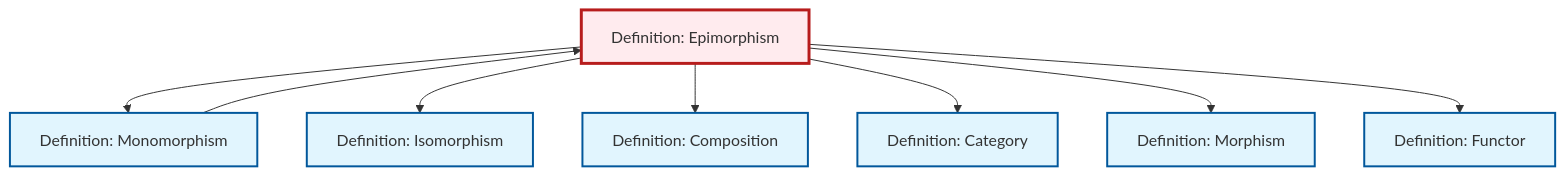
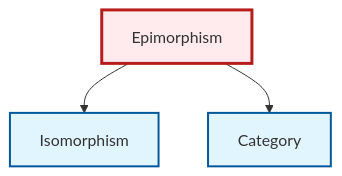
Before and after one commit to RK0429/ModernMath: the diagram in content/en/category-theory/def-epimorphism.qmd, drawn with Mermaid. The commit also changed 328 other files, not shown here.

````diff
--- a/content/en/category-theory/def-epimorphism.qmd
+++ b/content/en/category-theory/def-epimorphism.qmd
@@ -96,30 +96,17 @@
 ```{mermaid}
 %%| fig-cap: "Local dependency graph"
 graph TD
     classDef definition fill:#e1f5fe,stroke:#01579b,stroke-width:2px
     classDef theorem fill:#f3e5f5,stroke:#4a148c,stroke-width:2px
     classDef axiom fill:#fff3e0,stroke:#e65100,stroke-width:2px
     classDef example fill:#e8f5e9,stroke:#1b5e20,stroke-width:2px
     classDef current fill:#ffebee,stroke:#b71c1c,stroke-width:3px
-    def-morphism["Definition: Morphism"]:::definition
-    def-isomorphism["Definition: Isomorphism"]:::definition
-    def-epimorphism["Definition: Epimorphism"]:::definition
-    def-composition["Definition: Composition"]:::definition
-    def-category["Definition: Category"]:::definition
-    def-functor["Definition: Functor"]:::definition
-    def-monomorphism["Definition: Monomorphism"]:::definition
-    def-epimorphism --> def-monomorphism
+    def-epimorphism["Epimorphism"]:::definition
+    def-category["Category"]:::definition
+    def-isomorphism["Isomorphism"]:::definition
     def-epimorphism --> def-isomorphism
-    def-epimorphism --> def-composition
     def-epimorphism --> def-category
-    def-epimorphism --> def-morphism
-    def-epimorphism --> def-functor
-    def-monomorphism --> def-epimorphism
     class def-epimorphism current
-    click def-morphism "def-morphism.html" "Go to Morphism definition"
-    click def-isomorphism "def-isomorphism.html" "Go to Isomorphism definition"
-    click def-composition "def-composition.html" "Go to Composition definition"
-    click def-category "def-category.html" "Go to Category definition"
-    click def-functor "def-functor.html" "Go to Functor definition"
-    click def-monomorphism "def-monomorphism.html" "Go to Monomorphism definition"
+    click def-category "def-category.html" "Go to Category"
+    click def-isomorphism "def-isomorphism.html" "Go to Isomorphism"
 ```
````
